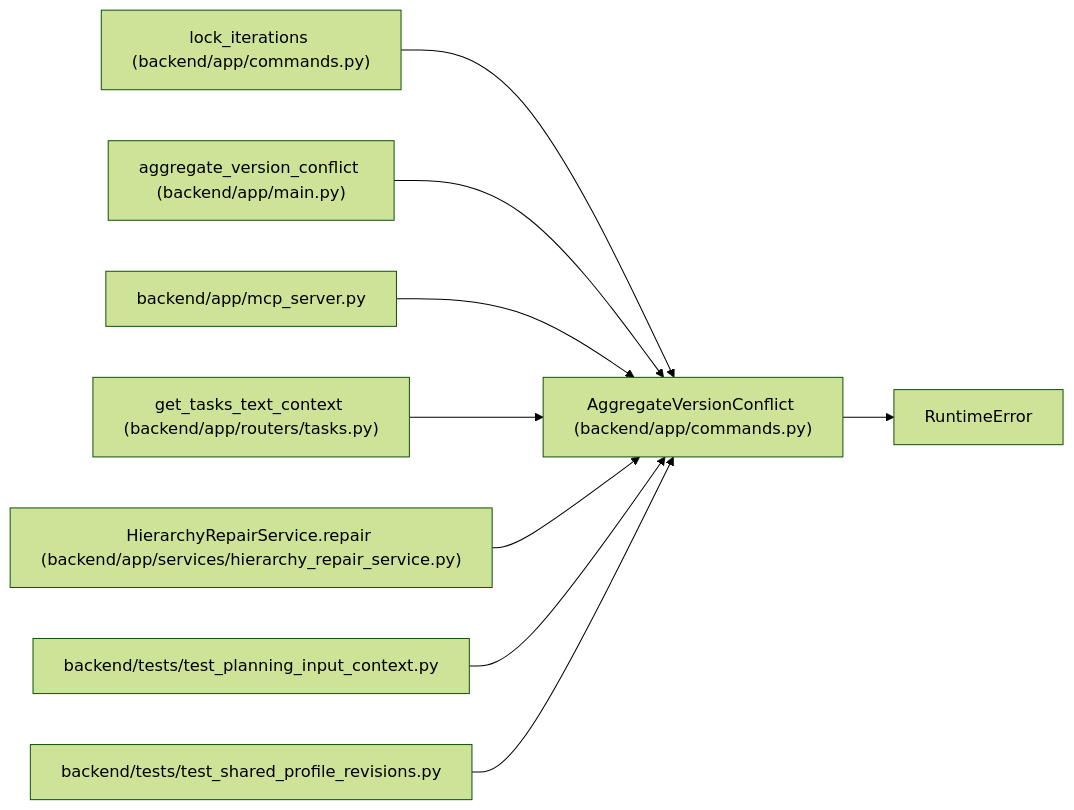
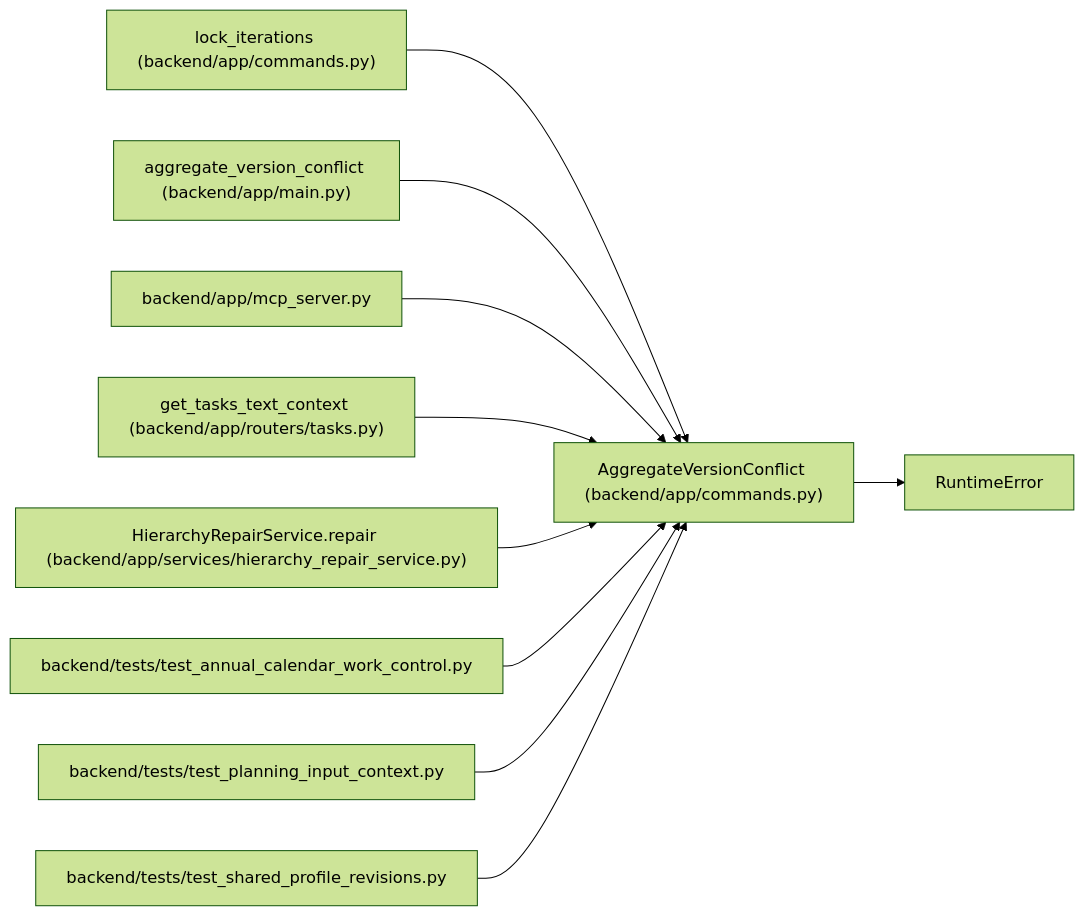
The diagram in docs/llm_wiki/entities/AggregateVersionConflict.md (Denissvgn/WorkChord), drawn with Mermaid (forest theme) before and after one commit. The commit also changed other lines of this file and 557 other files, not shown here.

````diff
--- a/docs/llm_wiki/entities/AggregateVersionConflict.md
+++ b/docs/llm_wiki/entities/AggregateVersionConflict.md
@@ -26,28 +26,31 @@
 ```mermaid
 flowchart LR
     n0["AggregateVersionConflict (backend/app/commands.py)"]
     n1["RuntimeError"]
     n2["lock_iterations (backend/app/commands.py)"]
     n3["aggregate_version_conflict (backend/app/main.py)"]
     n4["backend/app/mcp_server.py"]
     n5["get_tasks_text_context (backend/app/routers/tasks.py)"]
     n6["HierarchyRepairService.repair (backend/app/services/hierarchy_repair_service.py)"]
-    n7["backend/tests/test_planning_input_context.py"]
-    n8["backend/tests/test_shared_profile_revisions.py"]
+    n7["backend/tests/test_annual_calendar_work_control.py"]
+    n8["backend/tests/test_planning_input_context.py"]
+    n9["backend/tests/test_shared_profile_revisions.py"]
     n0 --> n1
     n2 --> n0
     n3 --> n0
     n4 --> n0
     n5 --> n0
     n6 --> n0
     n7 --> n0
     n8 --> n0
+    n9 --> n0
     click n0 "../modules/commands.md"
     click n2 "../modules/commands.md"
     click n3 "../modules/app_main.md"
     click n4 "../modules/mcp_server.md"
     click n5 "../modules/tasks.md"
     click n6 "../modules/hierarchy_repair_service.md"
-    click n7 "../modules/test_planning_input_context.md"
-    click n8 "../modules/test_shared_profile_revisions.md"
+    click n7 "../modules/test_annual_calendar_work_control.md"
+    click n8 "../modules/test_planning_input_context.md"
+    click n9 "../modules/test_shared_profile_revisions.md"
 ```
````
